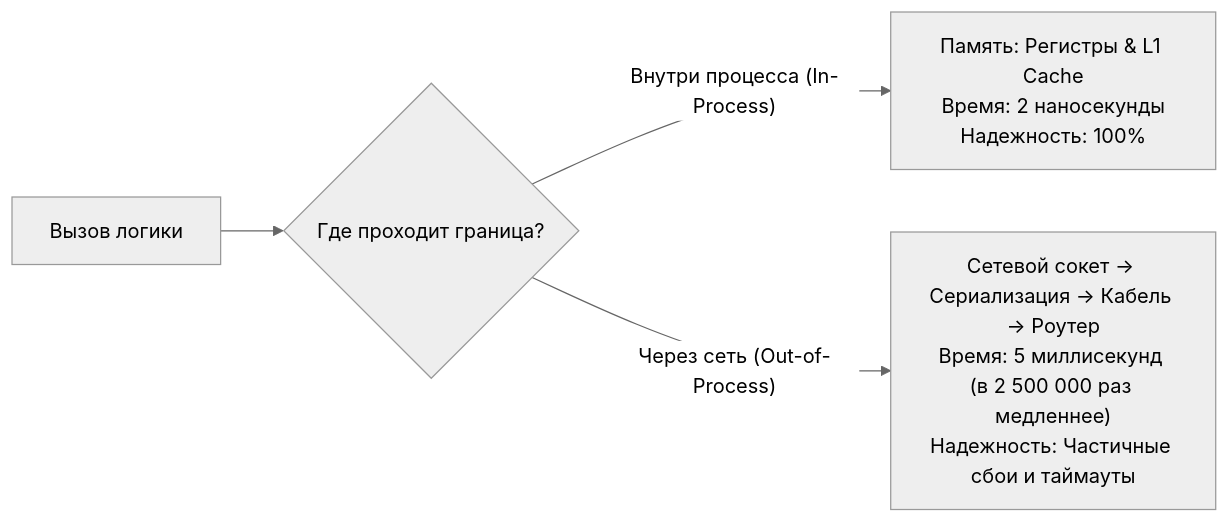
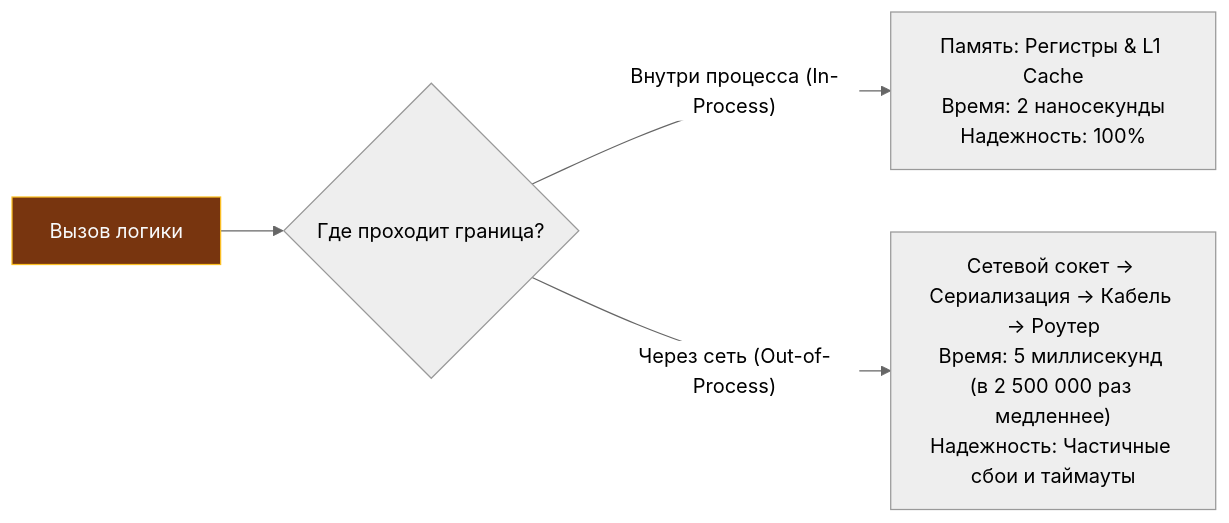
One commit to UnrealTemplier/go-textbook changed the third of 3 diagrams in sources/11. Архитектура и System Design/2. Что такое архитектура. Уровни абстракции и границы системы.md. Above: the diagram before and after it, drawn with Mermaid (neutral theme). The commit also changed other lines of this file and 1666 other files, not shown here.

First line of the commit message:
feat(mermaid): add semantic color classDef to 1369 colorless flowchart/graph diagrams

````diff
--- a/sources/11. Архитектура и System Design/2. Что такое архитектура. Уровни абстракции и границы системы.md
+++ b/sources/11. Архитектура и System Design/2. Что такое архитектура. Уровни абстракции и границы системы.md
@@ -185,6 +205,16 @@
 ```mermaid
 flowchart LR
-    Call["Вызов логики"] --> Type{"Где проходит граница?"}
+    classDef process  fill:#1e293b,stroke:#38bdf8,stroke-width:1px,color:#f8fafc
+    classDef success  fill:#064e3b,stroke:#34d399,stroke-width:1px,color:#f8fafc
+    classDef error    fill:#7f1d1d,stroke:#f87171,stroke-width:1px,color:#f8fafc
+    classDef warning  fill:#78350f,stroke:#fbbf24,stroke-width:1px,color:#f8fafc
+    classDef entry    fill:#1e3a5f,stroke:#38bdf8,stroke-width:2px,color:#f8fafc
+    classDef aux      fill:#334155,stroke:#64748b,stroke-width:1px,color:#f8fafc
+    classDef system   fill:#312e81,stroke:#a78bfa,stroke-width:1px,color:#f8fafc
+    classDef data     fill:#132d29,stroke:#2dd4bf,stroke-width:1px,color:#f8fafc
+    classDef network  fill:#881337,stroke:#fb7185,stroke-width:1px,color:#f8fafc
+    classDef accent   fill:#1e1b4b,stroke:#818cf8,stroke-width:1px,color:#f8fafc
+    Call["Вызов логики"]:::warning --> Type{"Где проходит граница?"}
     Type -->|"Внутри процесса (In-Process)"| Mem["Память: Регистры & L1 Cache\nВремя: 2 наносекунды\nНадежность: 100%"]
     Type -->|"Через сеть (Out-of-Process)"| Net["Сетевой сокет -> Сериализация -> Кабель -> Роутер\nВремя: 5 миллисекунд (в 2 500 000 раз медленнее)\nНадежность: Частичные сбои и таймауты"]
 ```
````
